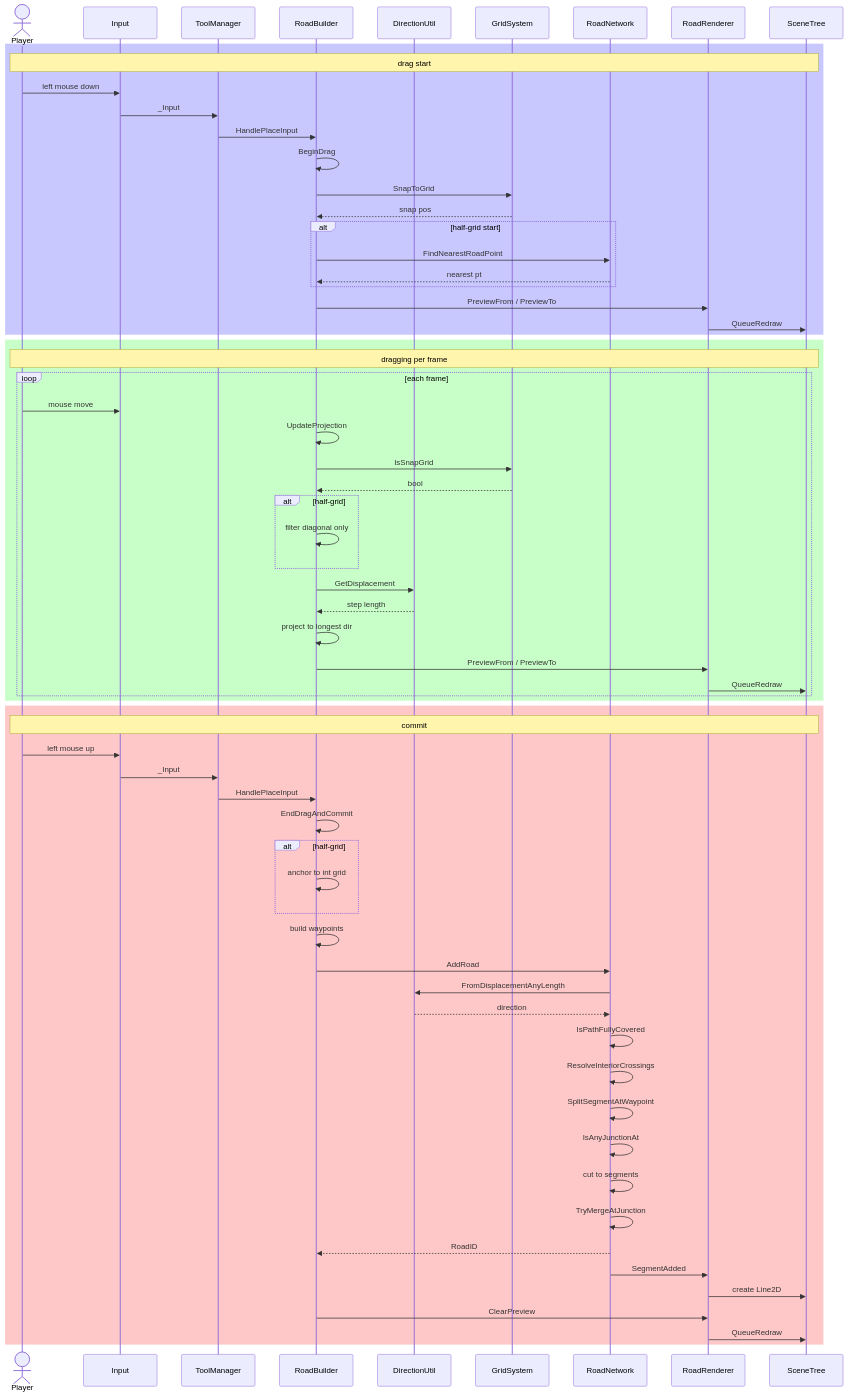
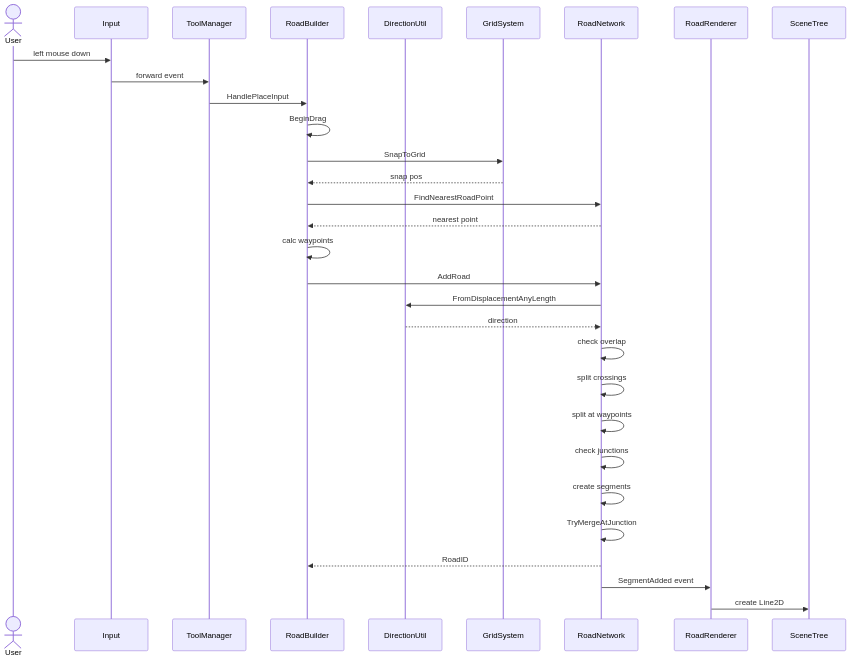
The second of 9 diagrams in docs/game-logic.md (xianfishyu/SimpleCities), drawn with Mermaid before and after one commit. The commit also changed other lines of this file, not shown here.

First line of the commit message:
#重写：game-logic.md Mermaid图表全面简化

````diff
--- a/docs/game-logic.md
+++ b/docs/game-logic.md
@@ -78,72 +66,34 @@
 ```mermaid
 sequenceDiagram
-    actor User as Player
-    participant Input as Input
+    actor User
+    participant Input
     participant TM as ToolManager
     participant RB as RoadBuilder
     participant RU as DirectionUtil
     participant GS as GridSystem
     participant RN as RoadNetwork
     participant RR as RoadRenderer
     participant Scene as SceneTree
 
-    rect rgb(200, 200, 255)
-        Note over User,Scene: drag start
-        User->>Input: left mouse down
-        Input->>TM: _Input
-        TM->>RB: HandlePlaceInput
-        RB->>RB: BeginDrag
-        RB->>GS: SnapToGrid
-        GS-->>RB: snap pos
-        alt half-grid start
-            RB->>RN: FindNearestRoadPoint
-            RN-->>RB: nearest pt
-        end
-        RB->>RR: PreviewFrom / PreviewTo
-        RR->>Scene: QueueRedraw
-    end
-
-    rect rgb(200, 255, 200)
-        Note over User,Scene: dragging per frame
-        loop each frame
-            User->>Input: mouse move
-            RB->>RB: UpdateProjection
-            RB->>GS: IsSnapGrid
-            GS-->>RB: bool
-            alt half-grid
-                RB->>RB: filter diagonal only
-            end
-            RB->>RU: GetDisplacement
-            RU-->>RB: step length
-            RB->>RB: project to longest dir
-            RB->>RR: PreviewFrom / PreviewTo
-            RR->>Scene: QueueRedraw
-        end
-    end
-
-    rect rgb(255, 200, 200)
-        Note over User,Scene: commit
-        User->>Input: left mouse up
-        Input->>TM: _Input
-        TM->>RB: HandlePlaceInput
-        RB->>RB: EndDragAndCommit
-        alt half-grid
-            RB->>RB: anchor to int grid
-        end
-        RB->>RB: build waypoints
-        RB->>RN: AddRoad
-        RN->>RU: FromDisplacementAnyLength
-        RU-->>RN: direction
-        RN->>RN: IsPathFullyCovered
-        RN->>RN: ResolveInteriorCrossings
-        RN->>RN: SplitSegmentAtWaypoint
-        RN->>RN: IsAnyJunctionAt
-        RN->>RN: cut to segments
-        RN->>RN: TryMergeAtJunction
-        RN-->>RB: RoadID
-        RN->>RR: SegmentAdded
-        RR->>Scene: create Line2D
-        RB->>RR: ClearPreview
-        RR->>Scene: QueueRedraw
-    end
+    User->>Input: left mouse down
+    Input->>TM: forward event
+    TM->>RB: HandlePlaceInput
+    RB->>RB: BeginDrag
+    RB->>GS: SnapToGrid
+    GS-->>RB: snap pos
+    RB->>RN: FindNearestRoadPoint
+    RN-->>RB: nearest point
+    RB->>RB: calc waypoints
+    RB->>RN: AddRoad
+    RN->>RU: FromDisplacementAnyLength
+    RU-->>RN: direction
+    RN->>RN: check overlap
+    RN->>RN: split crossings
+    RN->>RN: split at waypoints
+    RN->>RN: check junctions
+    RN->>RN: create segments
+    RN->>RN: TryMergeAtJunction
+    RN-->>RB: RoadID
+    RN->>RR: SegmentAdded event
+    RR->>Scene: create Line2D
 ```
````
